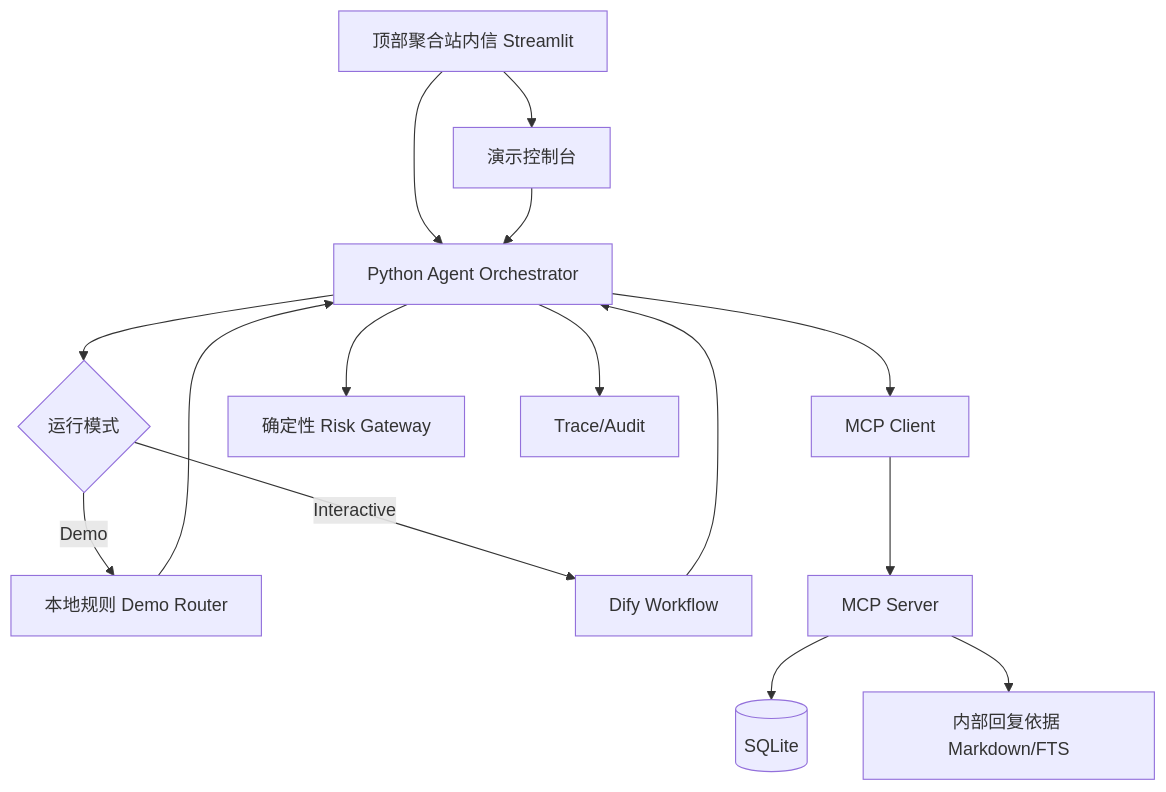
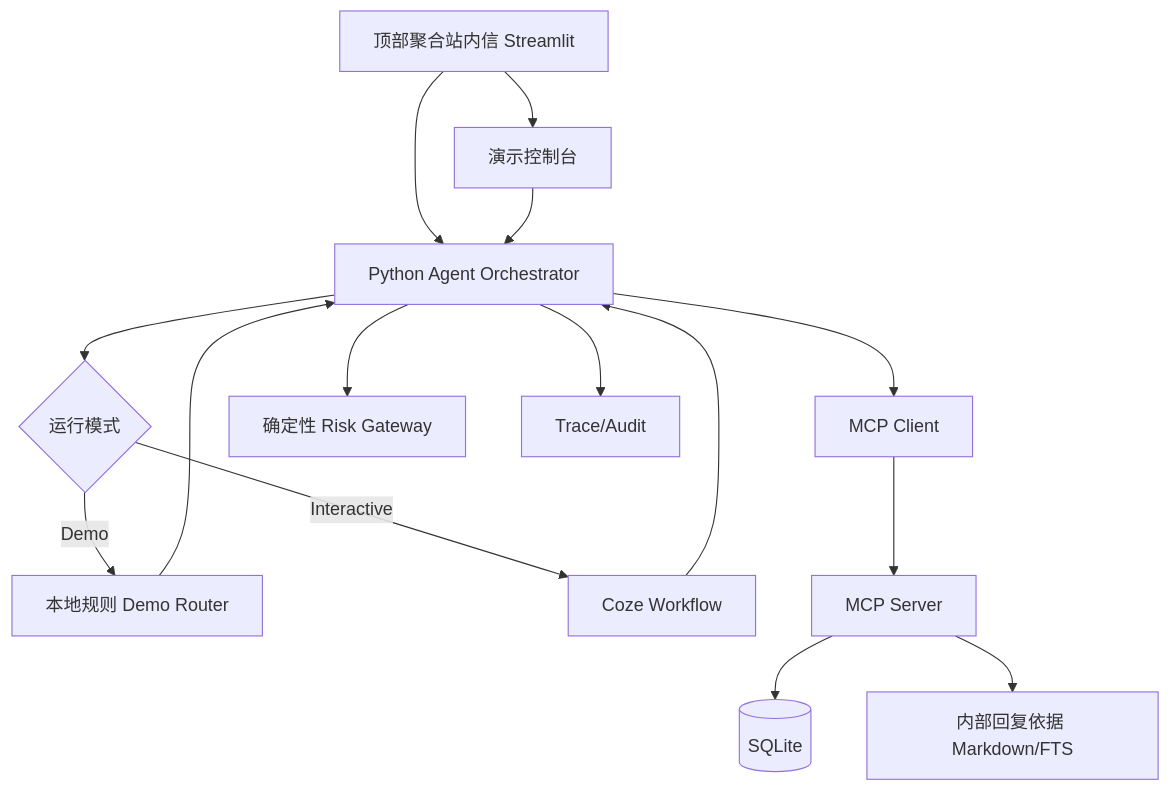
One commit to leiluo845/reply-flow-agent changed the third of 3 diagrams in docs/requirements/ReplyFlow高风险售后Agent_PRD.md. Above: the diagram before and after it, drawn with Mermaid. The commit also changed other lines of this file and 15 other files, not shown here.

Commit message:
docs: migrate orchestration layer from Dify to Coze

````diff
--- a/docs/requirements/ReplyFlow高风险售后Agent_PRD.md
+++ b/docs/requirements/ReplyFlow高风险售后Agent_PRD.md
@@ -699,17 +704,17 @@
 ```mermaid
 flowchart TB
     UI[顶部聚合站内信 Streamlit] --> CONSOLE[演示控制台]
     UI --> ORCH[Python Agent Orchestrator]
     CONSOLE --> ORCH
     ORCH --> MODE{运行模式}
     MODE -->|Demo| ROUTER[本地规则 Demo Router]
-    MODE -->|Interactive| DIFY[Dify Workflow]
+    MODE -->|Interactive| COZE[Coze Workflow]
     ROUTER --> ORCH
-    DIFY --> ORCH
+    COZE --> ORCH
     ORCH --> MCPCLIENT[MCP Client]
     MCPCLIENT --> MCP[MCP Server]
     MCP --> DB[(SQLite)]
     MCP --> BASIS[内部回复依据 Markdown/FTS]
     ORCH --> RISK[确定性 Risk Gateway]
     ORCH --> TRACE[Trace/Audit]
 ```
````
